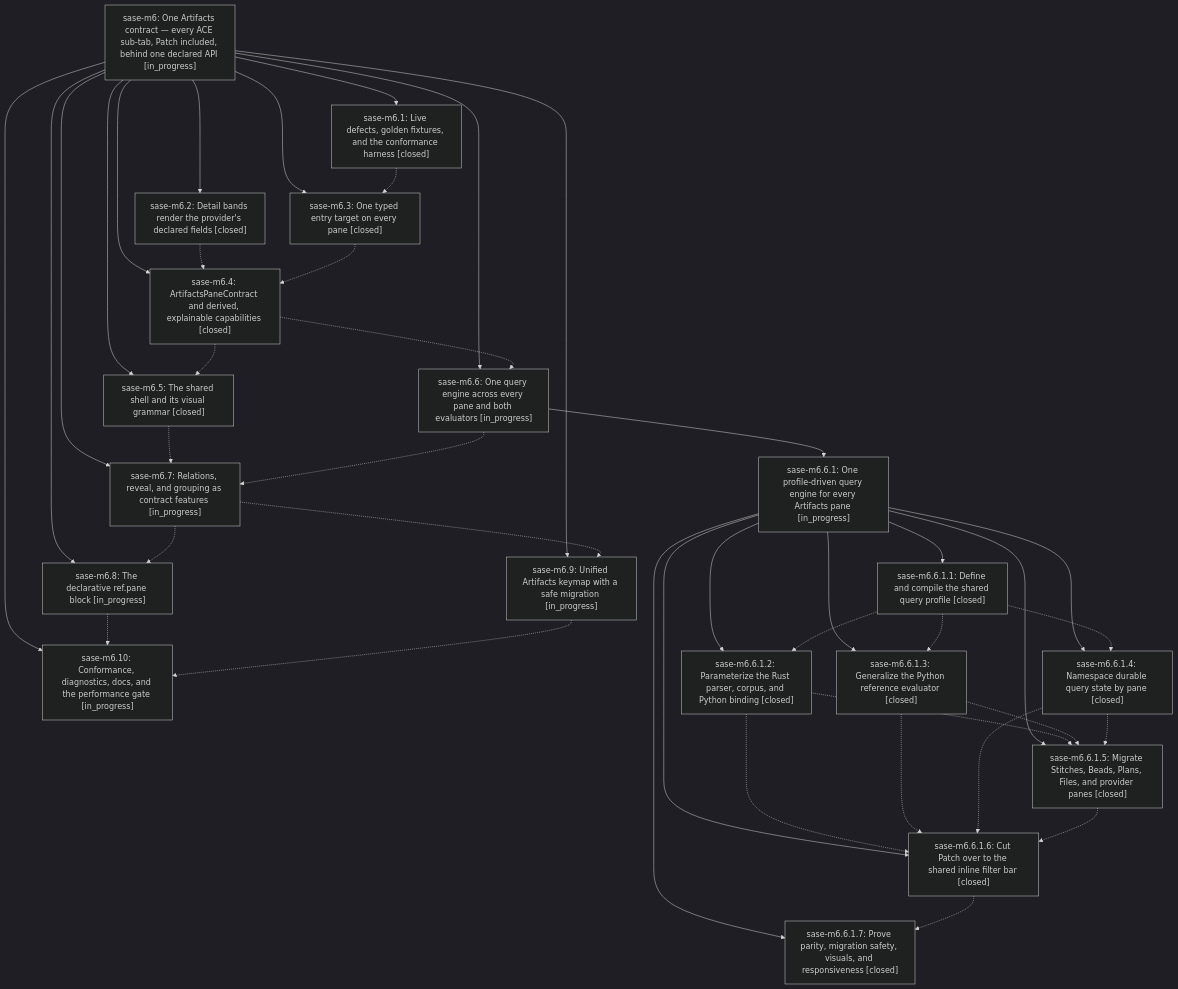
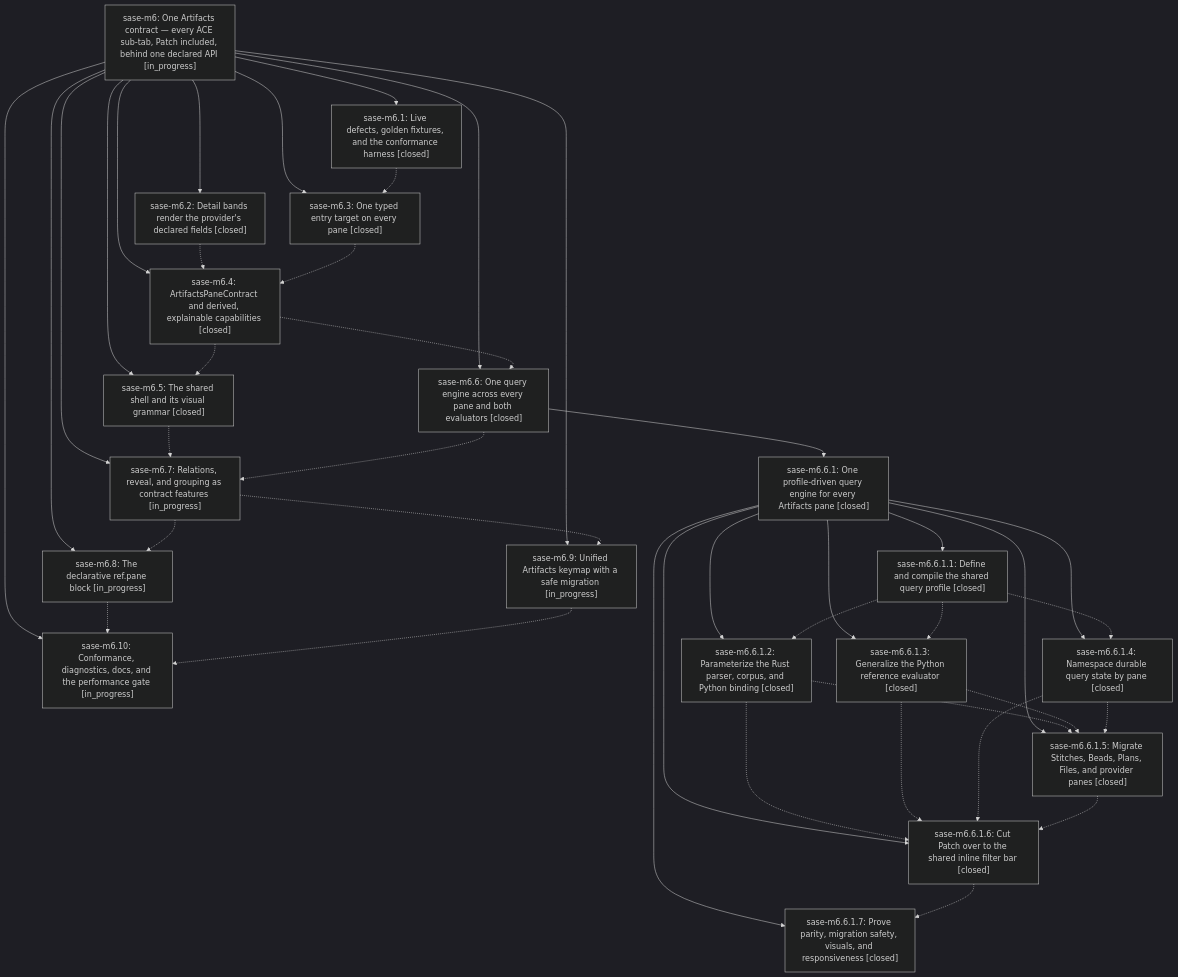
The diagram in pages/sase-m6/README.md (sase-org/sase--beads), drawn with Mermaid (dark theme) before and after one commit. The commit also changed other lines of this file and 4 other files, not shown here.

````diff
--- a/pages/sase-m6/README.md
+++ b/pages/sase-m6/README.md
@@ -37,62 +52,62 @@
 ```mermaid
 flowchart TD
     n0["sase-m6: One Artifacts contract — every ACE sub-tab, Patch included, behind one declared API [in_progress]"]
     n1["sase-m6.1: Live defects, golden fixtures, and the conformance harness [closed]"]
     n2["sase-m6.10: Conformance, diagnostics, docs, and the performance gate [in_progress]"]
     n3["sase-m6.2: Detail bands render the provider's declared fields [closed]"]
     n4["sase-m6.3: One typed entry target on every pane [closed]"]
     n5["sase-m6.4: ArtifactsPaneContract and derived, explainable capabilities [closed]"]
     n6["sase-m6.5: The shared shell and its visual grammar [closed]"]
-    n7["sase-m6.6: One query engine across every pane and both evaluators [in_progress]"]
-    n8["sase-m6.6.1: One profile-driven query engine for every Artifacts pane [in_progress]"]
+    n7["sase-m6.6: One query engine across every pane and both evaluators [closed]"]
+    n8["sase-m6.6.1: One profile-driven query engine for every Artifacts pane [closed]"]
     n9["sase-m6.6.1.1: Define and compile the shared query profile [closed]"]
     n10["sase-m6.6.1.2: Parameterize the Rust parser, corpus, and Python binding [closed]"]
     n11["sase-m6.6.1.3: Generalize the Python reference evaluator [closed]"]
     n12["sase-m6.6.1.4: Namespace durable query state by pane [closed]"]
     n13["sase-m6.6.1.5: Migrate Stitches, Beads, Plans, Files, and provider panes [closed]"]
     n14["sase-m6.6.1.6: Cut Patch over to the shared inline filter bar [closed]"]
     n15["sase-m6.6.1.7: Prove parity, migration safety, visuals, and responsiveness [closed]"]
     n16["sase-m6.7: Relations, reveal, and grouping as contract features [in_progress]"]
     n17["sase-m6.8: The declarative ref.pane block [in_progress]"]
     n18["sase-m6.9: Unified Artifacts keymap with a safe migration [in_progress]"]
     n0 --> n1
     n0 --> n2
     n0 --> n3
     n0 --> n4
     n0 --> n5
     n0 --> n6
     n0 --> n7
     n7 --> n8
     n8 --> n9
     n8 --> n10
     n8 --> n11
     n8 --> n12
     n8 --> n13
     n8 --> n14
     n8 --> n15
     n0 --> n16
     n0 --> n17
     n0 --> n18
     n1 -.-> n4
     n3 -.-> n5
     n4 -.-> n5
     n5 -.-> n6
     n5 -.-> n7
     n6 -.-> n16
     n7 -.-> n16
     n9 -.-> n10
     n9 -.-> n11
     n9 -.-> n12
     n10 -.-> n13
     n10 -.-> n14
     n11 -.-> n13
     n11 -.-> n14
     n12 -.-> n13
     n12 -.-> n14
     n13 -.-> n14
     n14 -.-> n15
     n16 -.-> n17
     n16 -.-> n18
     n17 -.-> n2
     n18 -.-> n2
 ```
````
